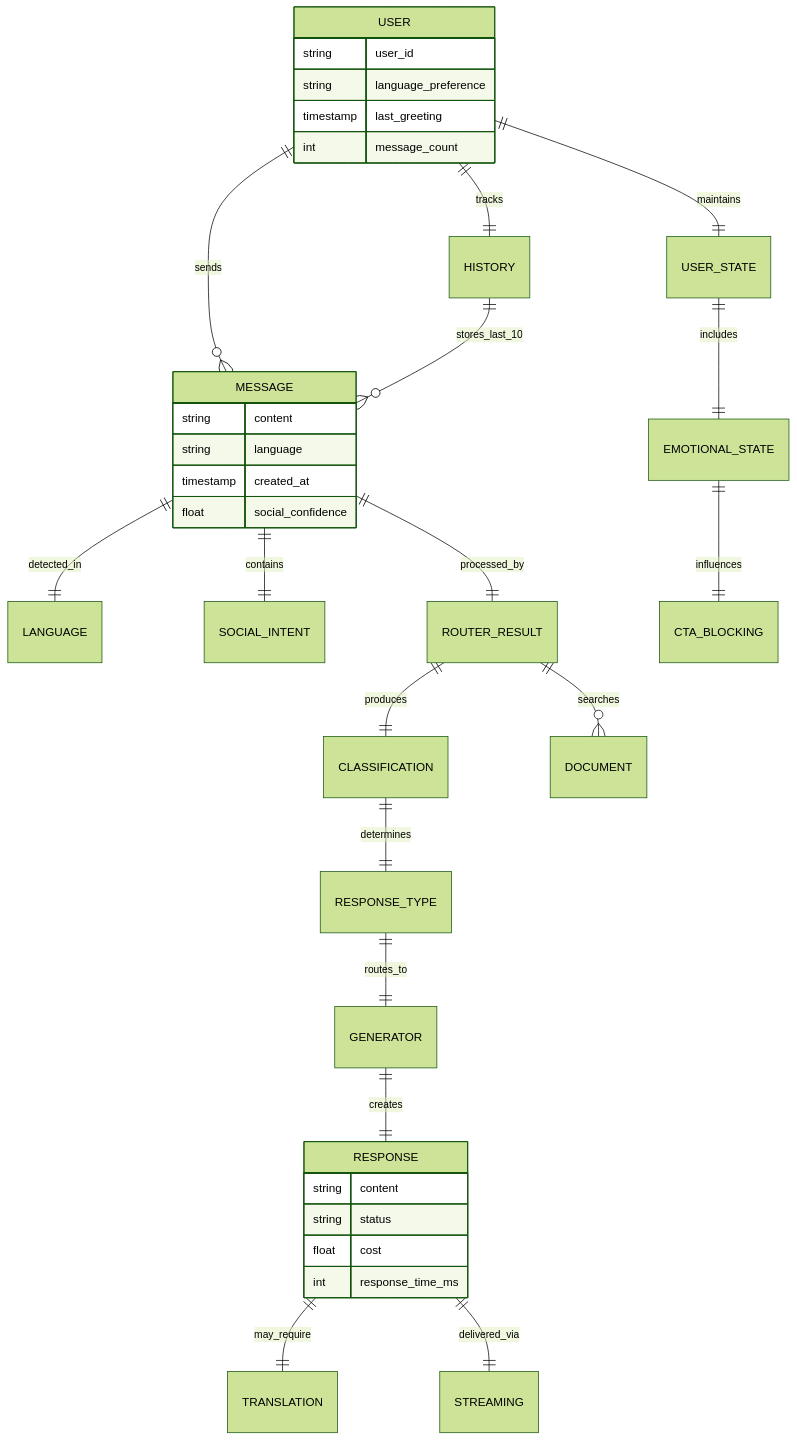
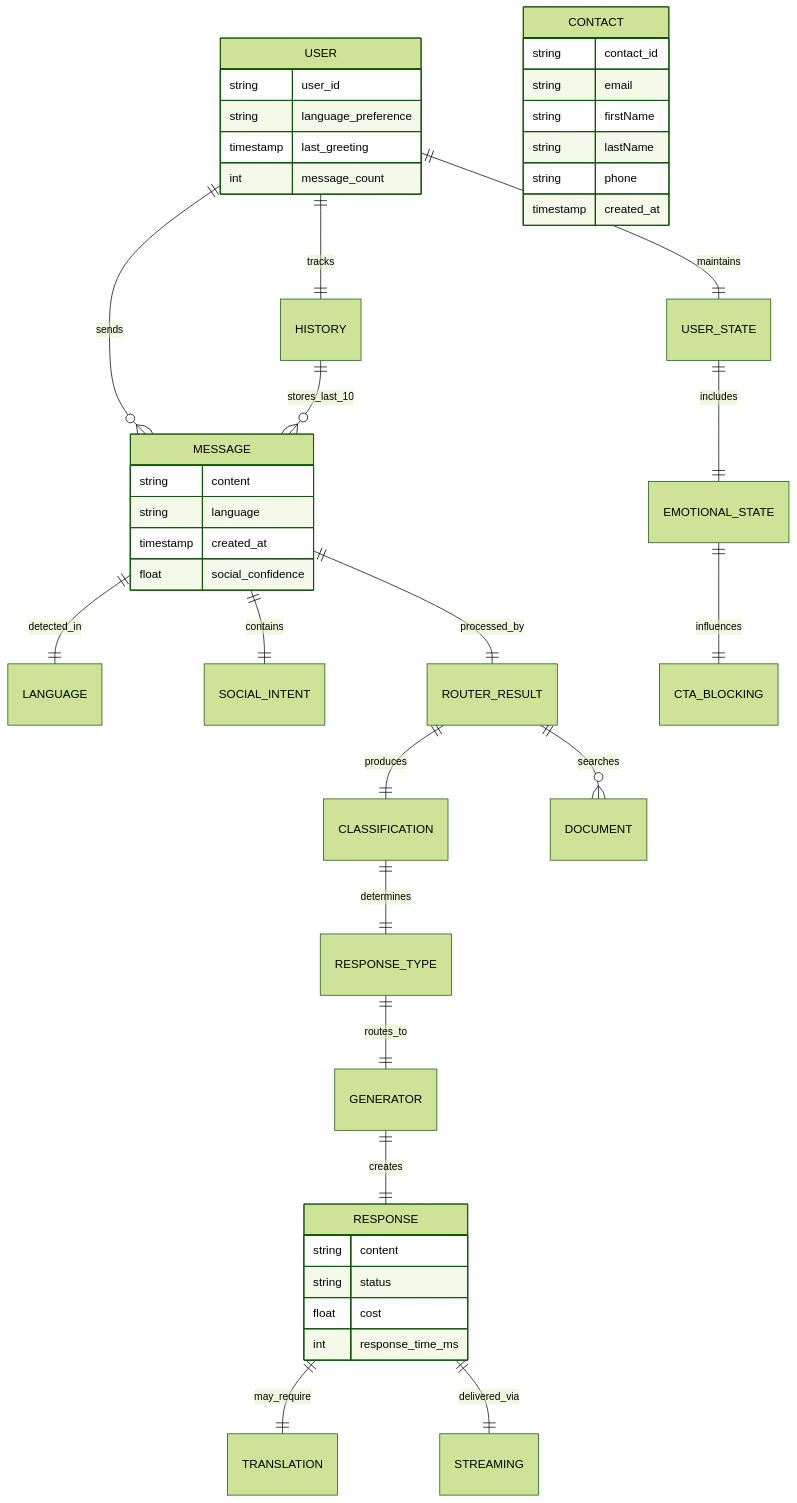
Before and after one commit to shao3d/Ukido_DynContInj: the fifth of 5 diagrams in README.md, drawn with Mermaid (forest theme). The commit also changed other lines of this file, not shown here.

````diff
--- a/README.md
+++ b/README.md
@@ -279,40 +352,49 @@
 ```mermaid
 erDiagram
     USER ||--o{ MESSAGE : sends
     USER ||--|| USER_STATE : maintains
     USER ||--|| HISTORY : tracks
     MESSAGE ||--|| LANGUAGE : detected_in
     MESSAGE ||--|| SOCIAL_INTENT : contains
     MESSAGE ||--|| ROUTER_RESULT : processed_by
     ROUTER_RESULT ||--|| CLASSIFICATION : produces
     ROUTER_RESULT ||--o{ DOCUMENT : searches
     CLASSIFICATION ||--|| RESPONSE_TYPE : determines
     RESPONSE_TYPE ||--|| GENERATOR : routes_to
     GENERATOR ||--|| RESPONSE : creates
     RESPONSE ||--|| TRANSLATION : may_require
     RESPONSE ||--|| STREAMING : delivered_via
     HISTORY ||--o{ MESSAGE : stores_last_10
     USER_STATE ||--|| EMOTIONAL_STATE : includes
     EMOTIONAL_STATE ||--|| CTA_BLOCKING : influences
-    
+
     USER {
         string user_id
         string language_preference
         timestamp last_greeting
         int message_count
     }
-    
+
     MESSAGE {
         string content
         string language
         timestamp created_at
         float social_confidence
     }
-    
+
     RESPONSE {
         string content
         string status
         float cost
         int response_time_ms
     }
+
+    CONTACT {
+        string contact_id
+        string email
+        string firstName
+        string lastName
+        string phone
+        timestamp created_at
+    }
 ```
````
